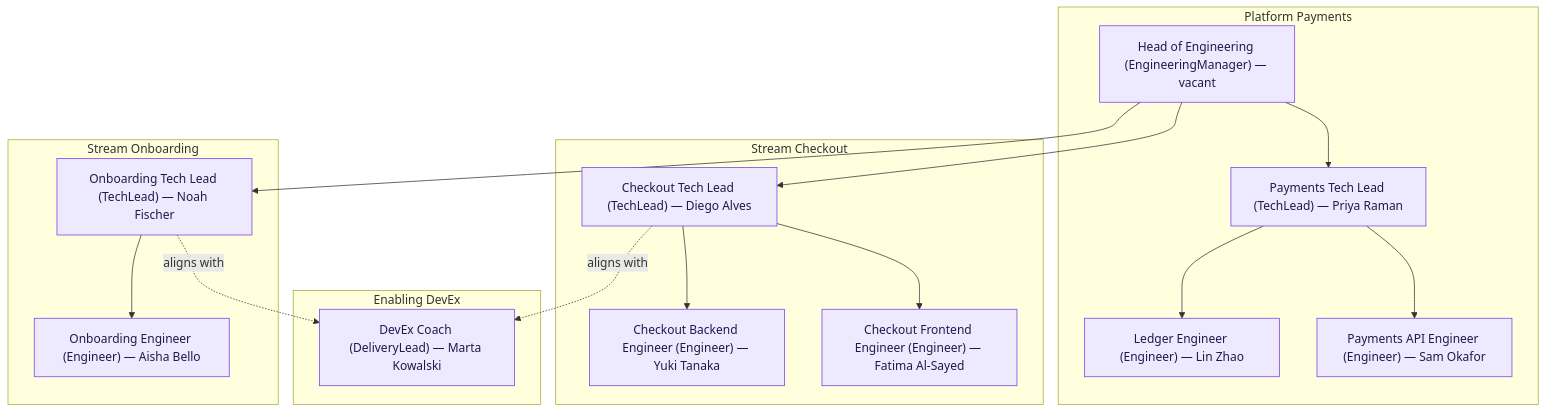
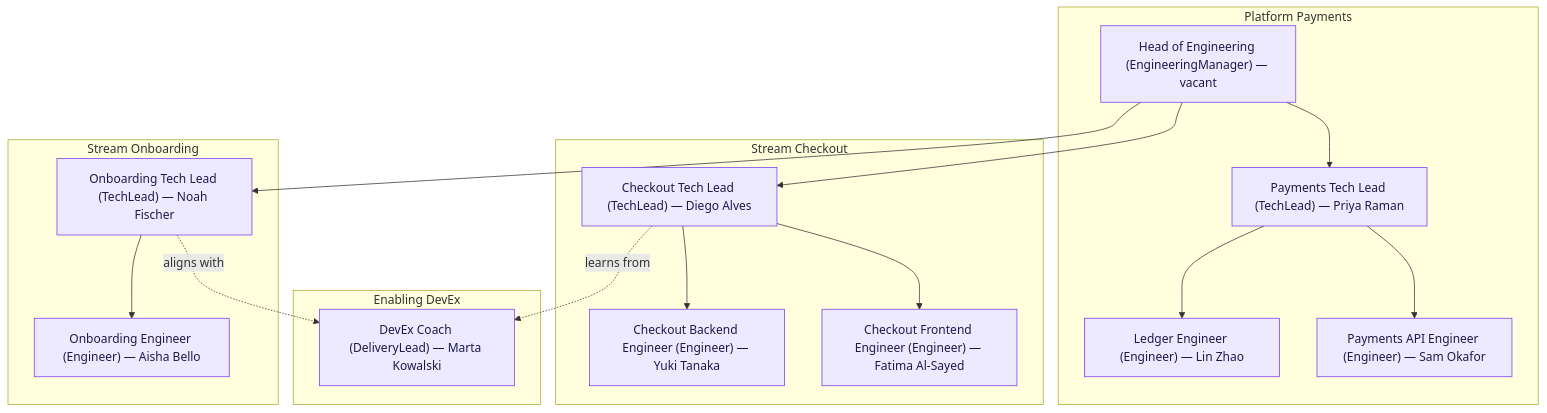
One commit to JGalego/TeamAPI changed the fourth of 4 diagrams in README.md. Above: the diagram before and after it, drawn with Mermaid. The commit also changed other lines of this file and 11 other files, not shown here.

````diff
--- a/README.md
+++ b/README.md
@@ -208,32 +208,32 @@
 ```mermaid
 flowchart TD
   subgraph enabling_devex["Enabling DevEx"]
     enabling_devex__coach["DevEx Coach (DeliveryLead) — Marta Kowalski"]
   end
   subgraph platform_payments["Platform Payments"]
     platform_payments__head_of_engineering["Head of Engineering (EngineeringManager) — vacant"]
     platform_payments__ledger_engineer["Ledger Engineer (Engineer) — Lin Zhao"]
     platform_payments__payments_engineer["Payments API Engineer (Engineer) — Sam Okafor"]
     platform_payments__tech_lead["Payments Tech Lead (TechLead) — Priya Raman"]
   end
   subgraph stream_checkout["Stream Checkout"]
     stream_checkout__backend_engineer["Checkout Backend Engineer (Engineer) — Yuki Tanaka"]
     stream_checkout__frontend_engineer["Checkout Frontend Engineer (Engineer) — Fatima Al-Sayed"]
     stream_checkout__tech_lead["Checkout Tech Lead (TechLead) — Diego Alves"]
   end
   subgraph stream_onboarding["Stream Onboarding"]
     stream_onboarding__engineer["Onboarding Engineer (Engineer) — Aisha Bello"]
     stream_onboarding__tech_lead["Onboarding Tech Lead (TechLead) — Noah Fischer"]
   end
   platform_payments__head_of_engineering --> platform_payments__tech_lead
   platform_payments__tech_lead --> platform_payments__payments_engineer
   platform_payments__tech_lead --> platform_payments__ledger_engineer
   stream_checkout__tech_lead --> stream_checkout__backend_engineer
   stream_checkout__tech_lead --> stream_checkout__frontend_engineer
   stream_onboarding__tech_lead --> stream_onboarding__engineer
   platform_payments__head_of_engineering --> stream_checkout__tech_lead
-  stream_checkout__tech_lead -.->|"aligns with"| enabling_devex__coach
+  stream_checkout__tech_lead -.->|"learns from"| enabling_devex__coach
   platform_payments__head_of_engineering --> stream_onboarding__tech_lead
   stream_onboarding__tech_lead -.->|"aligns with"| enabling_devex__coach
   classDef default fill:#ede9fe,stroke:#7c3aed,stroke-width:1px,color:#1e1b4b;
 ```
````
